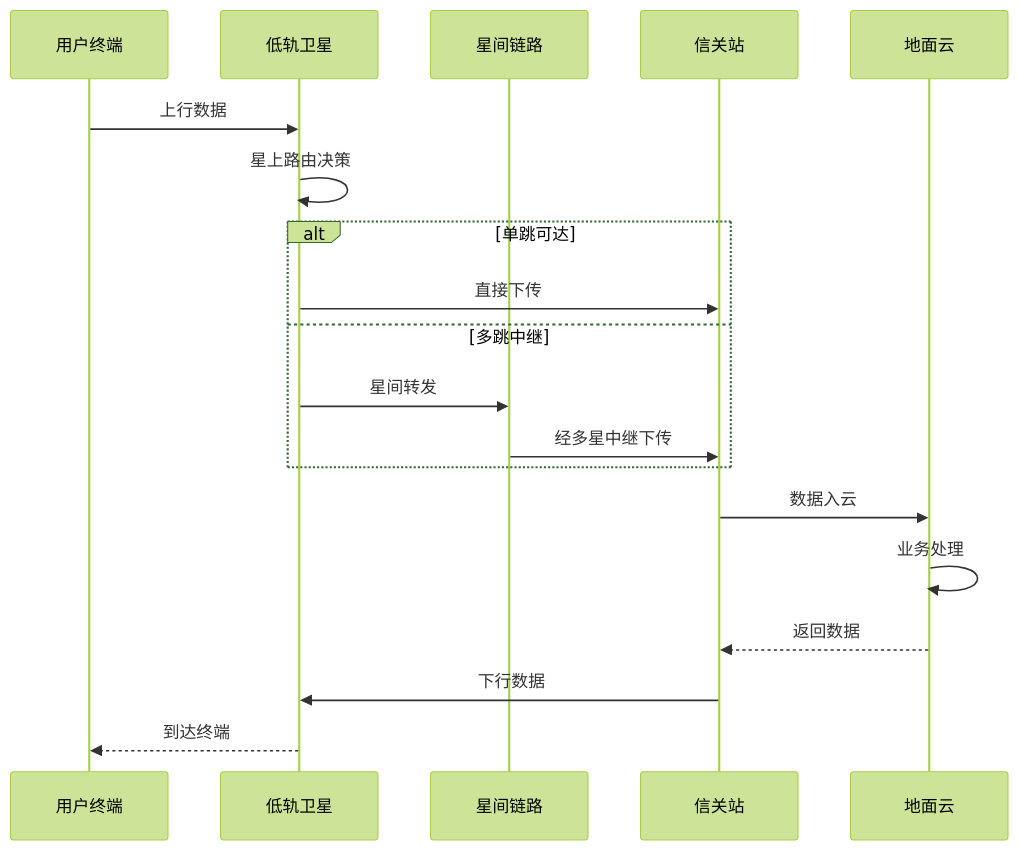
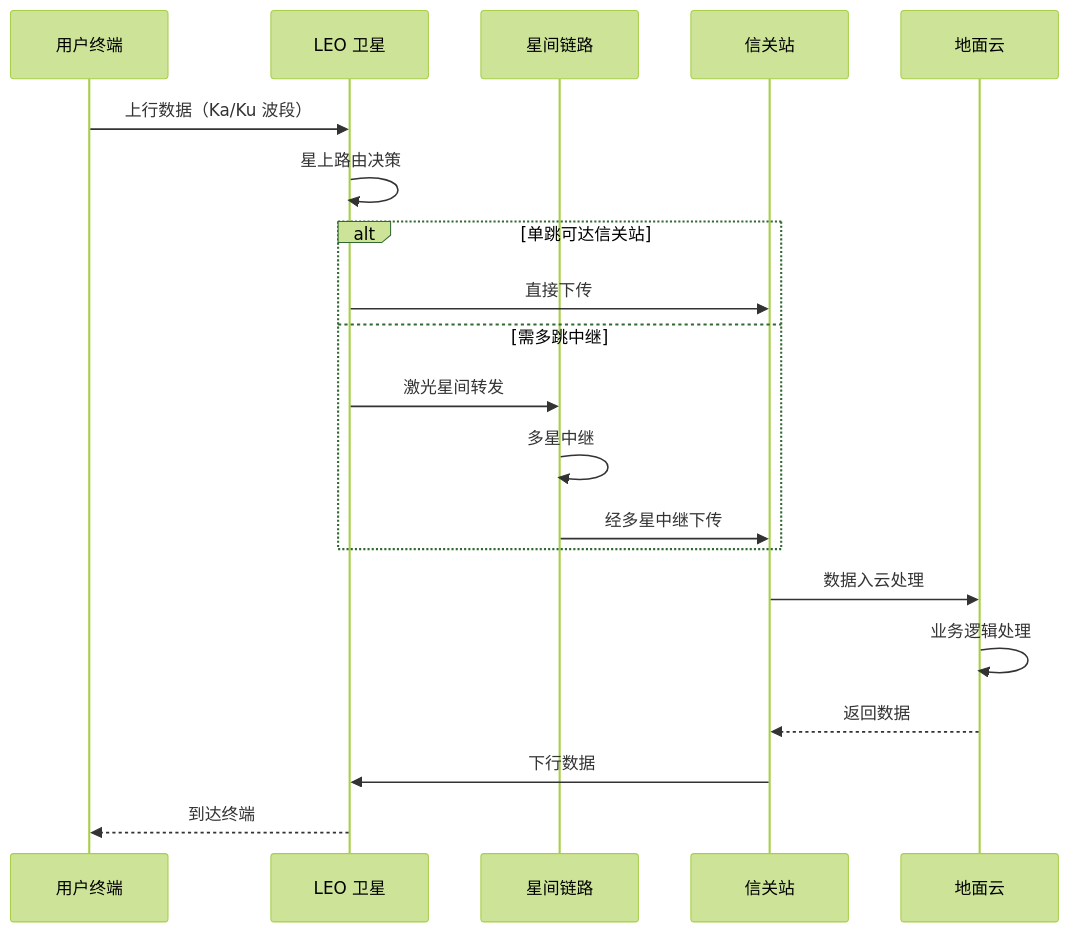
Before and after one commit to kudig-io/kudig-database: the second of 4 diagrams in topic-application-architecture/46-satellite-internet.md, drawn with Mermaid (forest theme). The commit also changed other lines of this file and 8633 other files, not shown here.

````diff
--- a/topic-application-architecture/46-satellite-internet.md
+++ b/topic-application-architecture/46-satellite-internet.md
@@ -88,22 +192,23 @@
 ```mermaid
 sequenceDiagram
     participant USER as 用户终端
-    participant SAT as 低轨卫星
+    participant SAT as LEO 卫星
     participant ISL as 星间链路
     participant GW as 信关站
     participant CLOUD as 地面云
 
-    USER->>SAT: 上行数据
+    USER->>SAT: 上行数据（Ka/Ku 波段）
     SAT->>SAT: 星上路由决策
-    alt 单跳可达
+    alt 单跳可达信关站
         SAT->>GW: 直接下传
-    else 多跳中继
-        SAT->>ISL: 星间转发
+    else 需多跳中继
+        SAT->>ISL: 激光星间转发
+        ISL->>ISL: 多星中继
         ISL->>GW: 经多星中继下传
     end
-    GW->>CLOUD: 数据入云
-    CLOUD->>CLOUD: 业务处理
+    GW->>CLOUD: 数据入云处理
+    CLOUD->>CLOUD: 业务逻辑处理
     CLOUD-->>GW: 返回数据
     GW->>SAT: 下行数据
     SAT-->>USER: 到达终端
 ```
````
